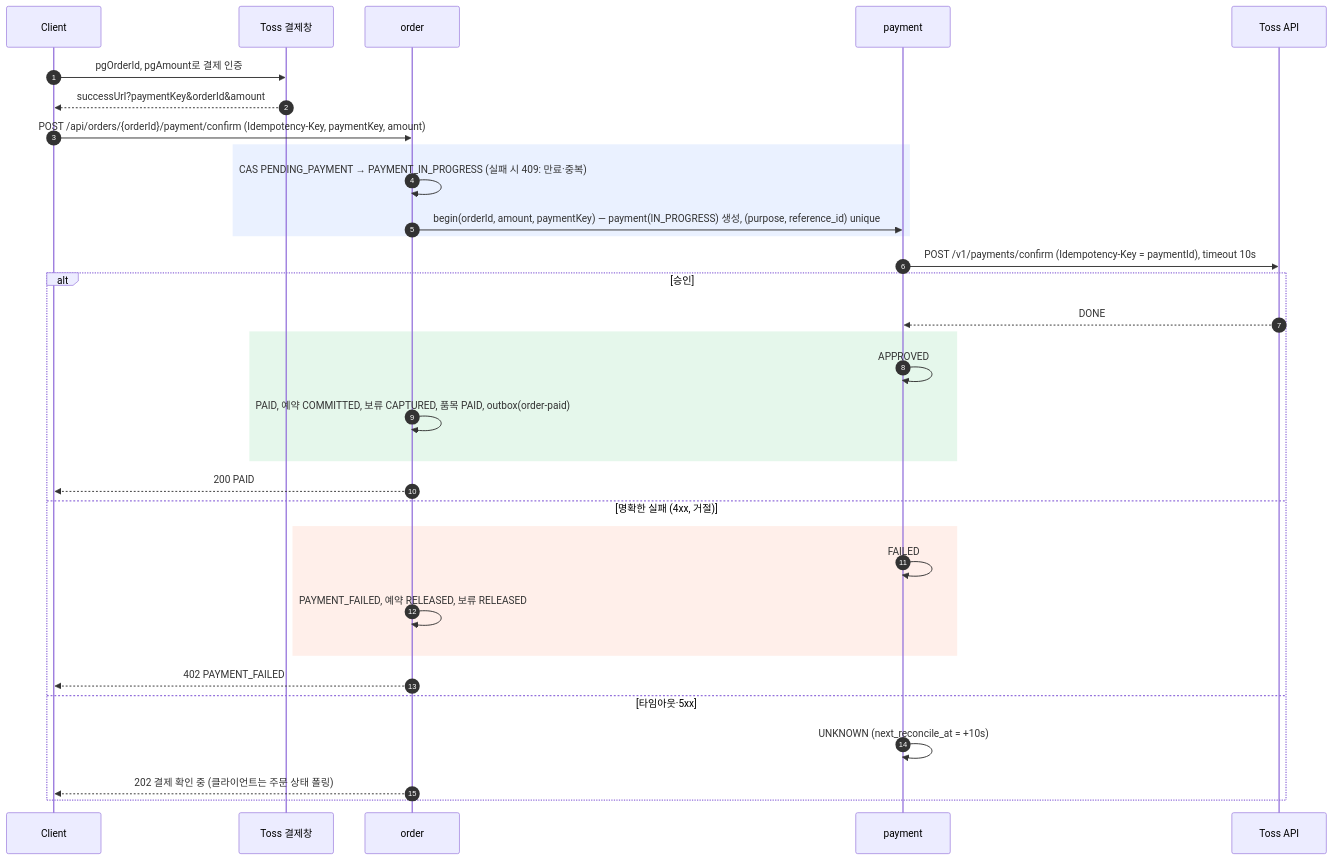
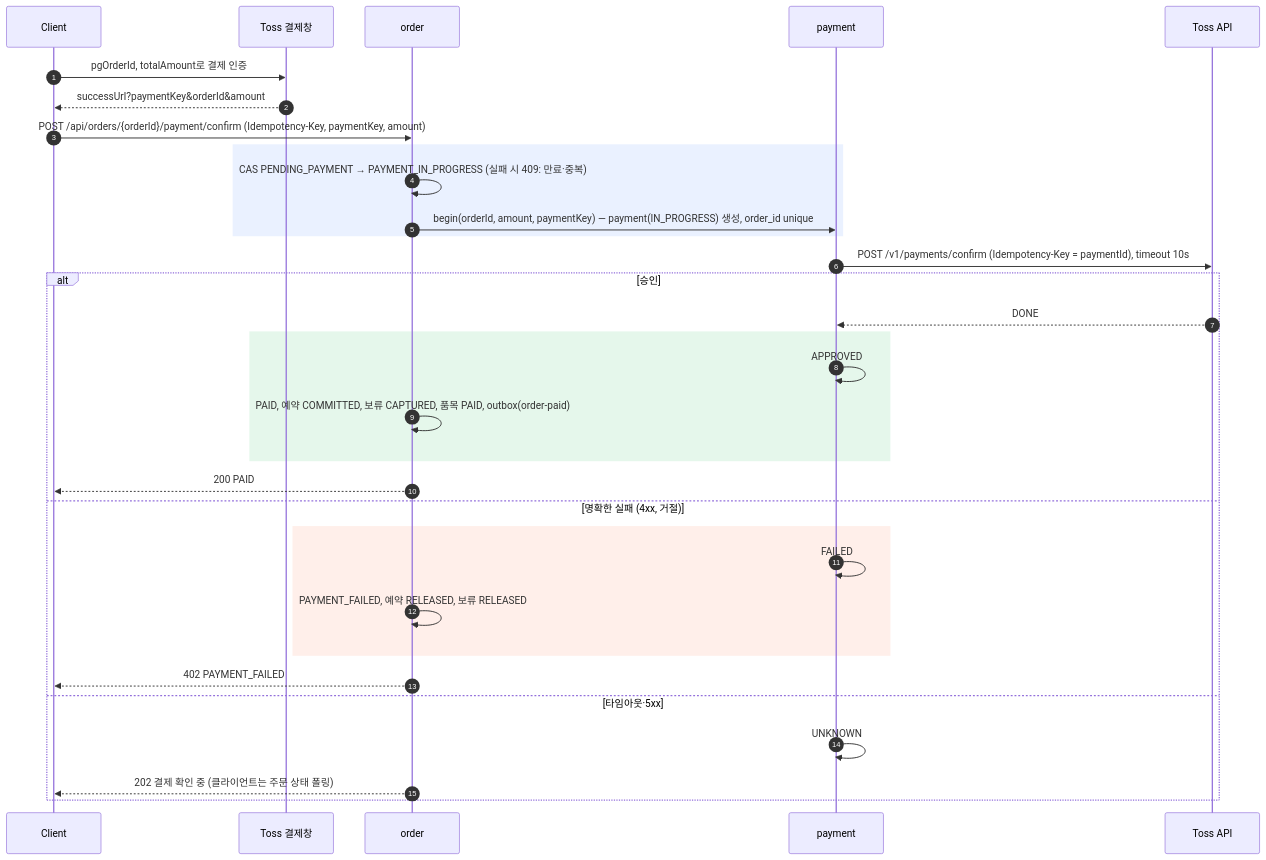
The second of 10 diagrams in docs/02-design/06-sequences.md (95twan/myroutine-v2), drawn with Mermaid before and after one commit. The commit also changed other lines of this file and 27 other files, not shown here.

````diff
--- a/docs/02-design/06-sequences.md
+++ b/docs/02-design/06-sequences.md
@@ -37,34 +32,34 @@
 ```mermaid
 sequenceDiagram
   autonumber
   participant C as Client
   participant T as Toss 결제창
   participant O as order
   participant P as payment
   participant PG as Toss API
-  C->>T: pgOrderId, pgAmount로 결제 인증
+  C->>T: pgOrderId, totalAmount로 결제 인증
   T-->>C: successUrl?paymentKey&orderId&amount
   C->>O: POST /api/orders/{orderId}/payment/confirm (Idempotency-Key, paymentKey, amount)
   rect rgba(80,140,255,0.12)
     O->>O: CAS PENDING_PAYMENT → PAYMENT_IN_PROGRESS (실패 시 409: 만료·중복)
-    O->>P: begin(orderId, amount, paymentKey) — payment(IN_PROGRESS) 생성, (purpose, reference_id) unique
+    O->>P: begin(orderId, amount, paymentKey) — payment(IN_PROGRESS) 생성, order_id unique
   end
   P->>PG: POST /v1/payments/confirm (Idempotency-Key = paymentId), timeout 10s
   alt 승인
     PG-->>P: DONE
     rect rgba(80,200,120,0.15)
       P->>P: APPROVED
       O->>O: PAID, 예약 COMMITTED, 보류 CAPTURED, 품목 PAID, outbox(order-paid)
     end
     O-->>C: 200 PAID
   else 명확한 실패 (4xx, 거절)
     rect rgba(255,120,80,0.12)
       P->>P: FAILED
       O->>O: PAYMENT_FAILED, 예약 RELEASED, 보류 RELEASED
     end
     O-->>C: 402 PAYMENT_FAILED
   else 타임아웃·5xx
-    P->>P: UNKNOWN (next_reconcile_at = +10s)
+    P->>P: UNKNOWN
     O-->>C: 202 결제 확인 중 (클라이언트는 주문 상태 폴링)
   end
 ```
````
